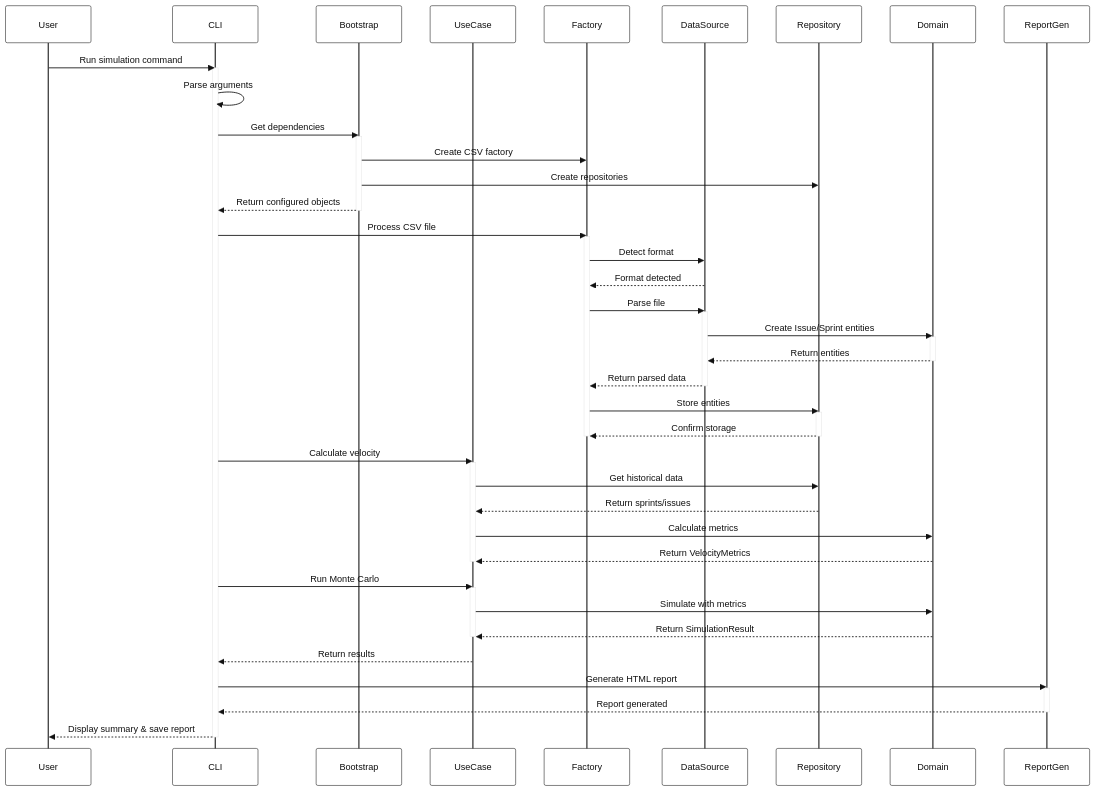
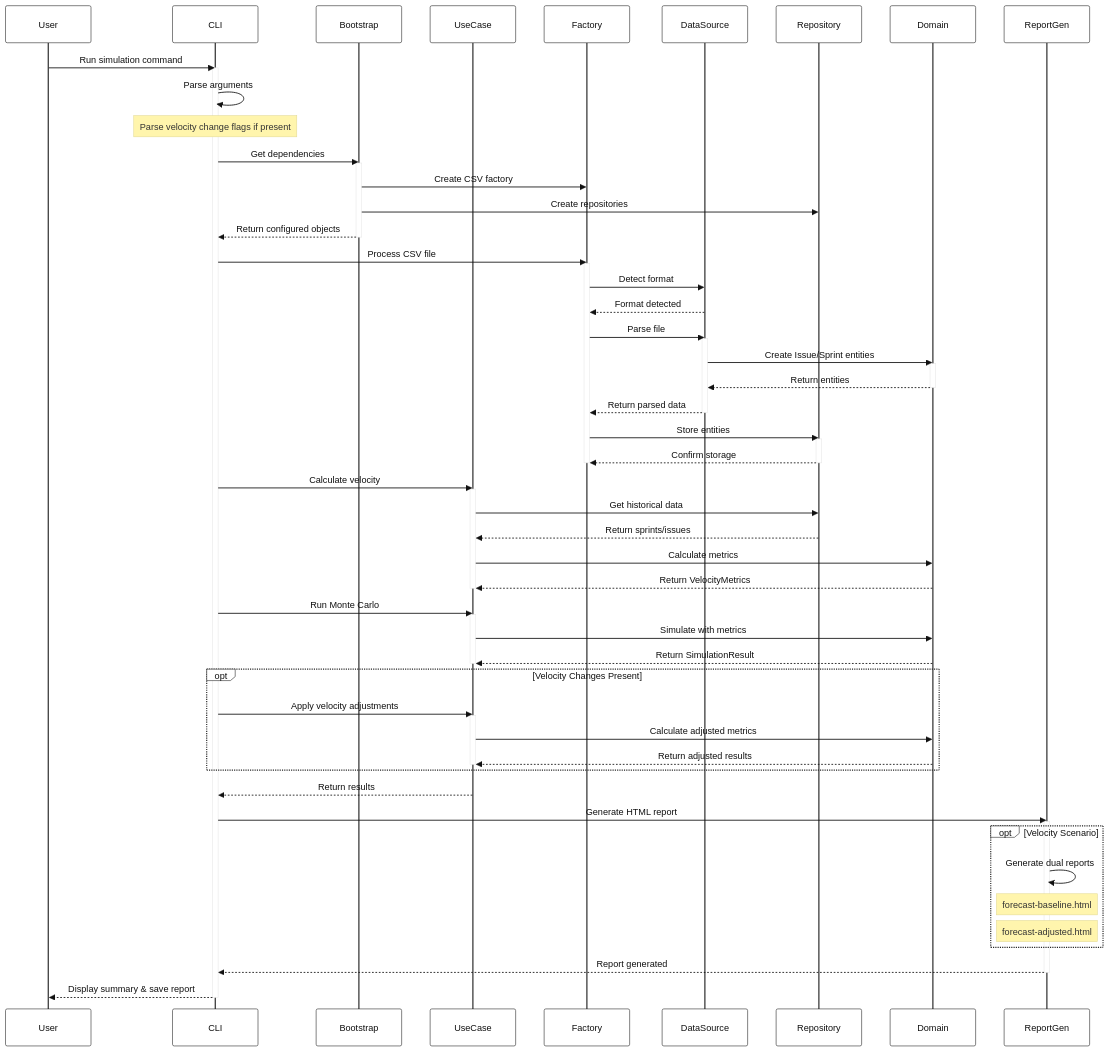
One commit to opreto/jira-monte-carlo changed the sixth of 7 diagrams in docs/ARCHITECTURE.md. Above: the diagram before and after it, drawn with Mermaid. The commit also changed other lines of this file and 69 other files, not shown here.

````diff
--- a/docs/ARCHITECTURE.md
+++ b/docs/ARCHITECTURE.md
@@ -500,63 +536,77 @@
 ```mermaid
 %%{init: { 'theme': 'base', 'themeVariables': { 'primaryColor': '#fff', 'primaryTextColor': '#111', 'primaryBorderColor': '#222', 'lineColor': '#333', 'fontFamily': 'Arial', 'fontSize': '14px' }}}%%
 sequenceDiagram
     participant User
     participant CLI
     participant Bootstrap
     participant UseCase
     participant Factory
     participant DataSource
     participant Repository  
     participant Domain
     participant ReportGen
     
     User->>CLI: Run simulation command
     activate CLI
     CLI->>CLI: Parse arguments
+    Note over CLI: Parse velocity change flags if present
     CLI->>Bootstrap: Get dependencies
     activate Bootstrap
     Bootstrap->>Factory: Create CSV factory
     Bootstrap->>Repository: Create repositories
     Bootstrap-->>CLI: Return configured objects
     deactivate Bootstrap
     
     CLI->>Factory: Process CSV file
     activate Factory
     Factory->>DataSource: Detect format
     DataSource-->>Factory: Format detected
     Factory->>DataSource: Parse file
     activate DataSource
     DataSource->>Domain: Create Issue/Sprint entities
     activate Domain
     Domain-->>DataSource: Return entities
     deactivate Domain
     DataSource-->>Factory: Return parsed data
     deactivate DataSource
     Factory->>Repository: Store entities
     activate Repository
     Repository-->>Factory: Confirm storage
     deactivate Repository
     deactivate Factory
     
     CLI->>UseCase: Calculate velocity
     activate UseCase
     UseCase->>Repository: Get historical data
     Repository-->>UseCase: Return sprints/issues
     UseCase->>Domain: Calculate metrics
     Domain-->>UseCase: Return VelocityMetrics
     deactivate UseCase
     
     CLI->>UseCase: Run Monte Carlo
     activate UseCase
     UseCase->>Domain: Simulate with metrics
     Domain-->>UseCase: Return SimulationResult
     deactivate UseCase
     
+    opt Velocity Changes Present
+        CLI->>UseCase: Apply velocity adjustments
+        activate UseCase
+        UseCase->>Domain: Calculate adjusted metrics
+        Domain-->>UseCase: Return adjusted results
+        deactivate UseCase
+    end
+    
     UseCase-->>CLI: Return results
     CLI->>ReportGen: Generate HTML report
     activate ReportGen
+    opt Velocity Scenario
+        ReportGen->>ReportGen: Generate dual reports
+        Note over ReportGen: forecast-baseline.html
+        Note over ReportGen: forecast-adjusted.html
+    end
     ReportGen-->>CLI: Report generated
     deactivate ReportGen
     CLI-->>User: Display summary & save report
     deactivate CLI
 ```
````
